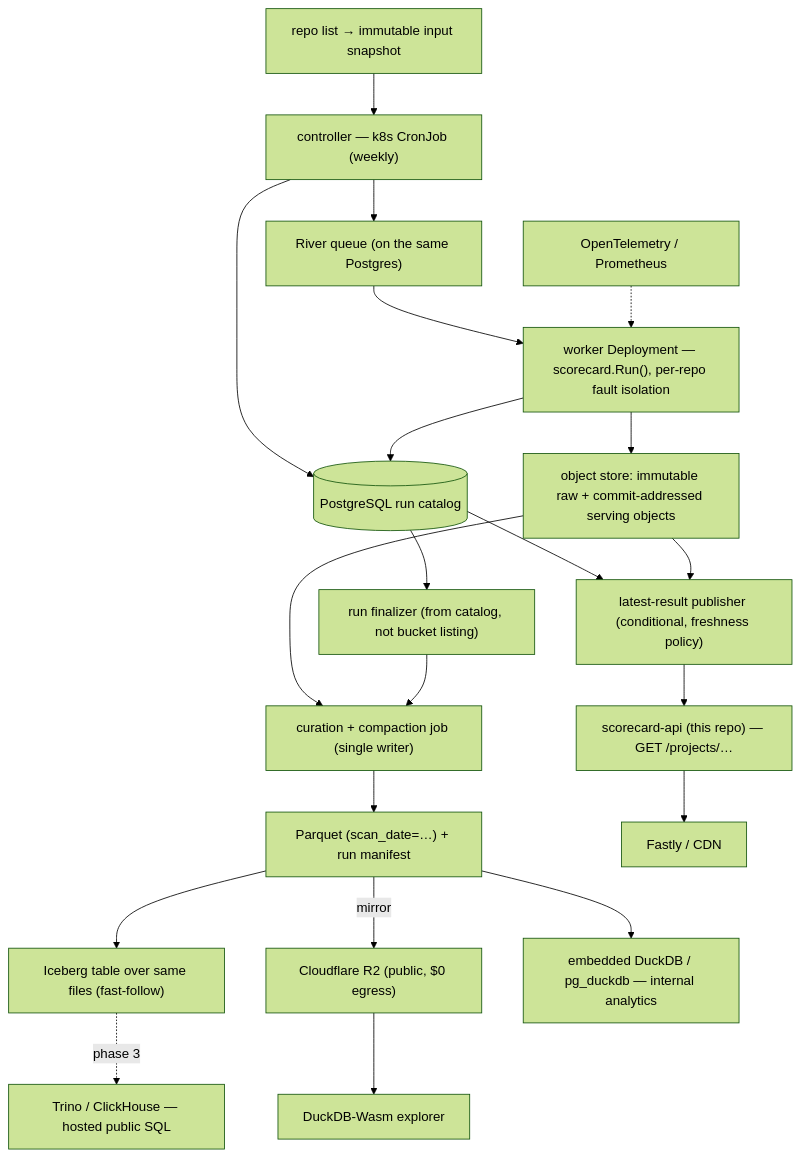
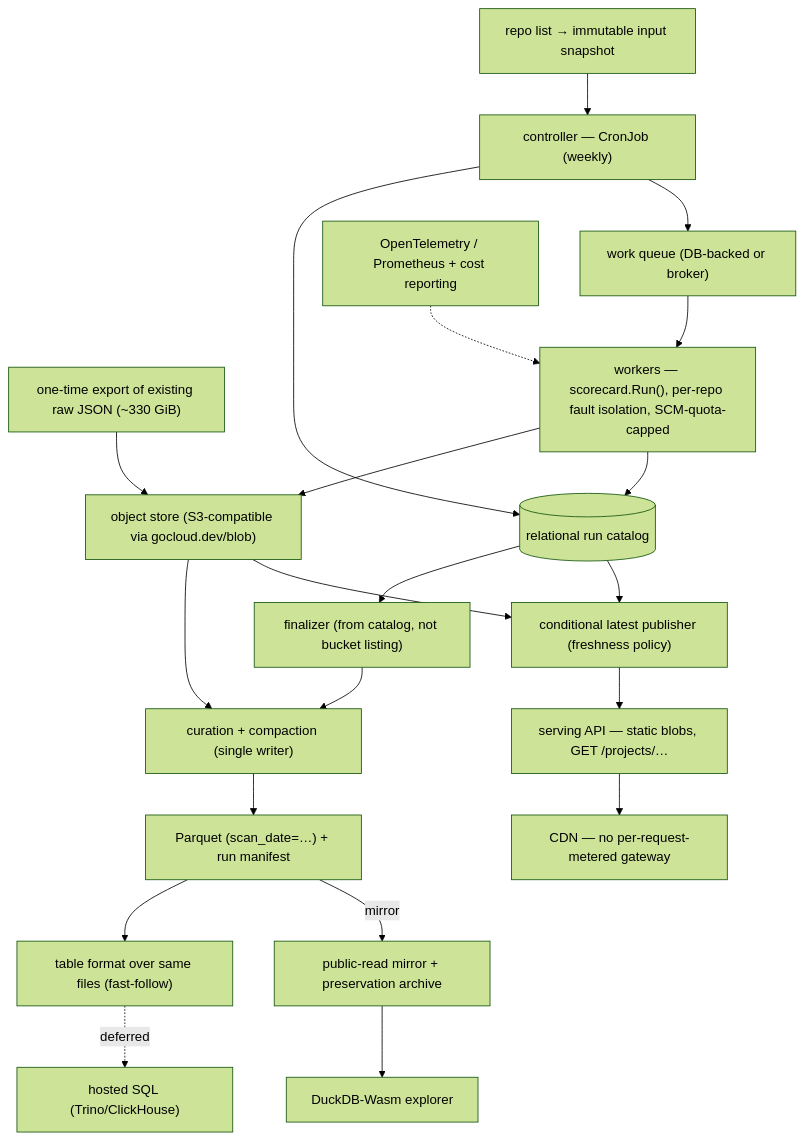
One commit to justaugustus/scorecard-infra changed the diagram in docs/research/data-infra.md. Above: the diagram before and after it, drawn with Mermaid (forest theme). The commit also changed other lines of this file, not shown here.

````diff
--- a/docs/research/data-infra.md
+++ b/docs/research/data-infra.md
@@ -504,23 +396,23 @@
 ```mermaid
 flowchart TD
-    CSV["repo list → immutable input snapshot"] --> CTL["controller — k8s CronJob (weekly)"]
-    CTL --> DB[("PostgreSQL run catalog")]
-    CTL --> Q["River queue (on the same Postgres)"]
-    Q --> W["worker Deployment — scorecard.Run(), per-repo fault isolation"]
-    W --> RAW["object store: immutable raw + commit-addressed serving objects"]
+    EXPORT["one-time export of existing raw JSON (~330 GiB)"] --> OS
+    CSV["repo list → immutable input snapshot"] --> CTL["controller — CronJob (weekly)"]
+    CTL --> DB[("relational run catalog")]
+    CTL --> Q["work queue (DB-backed or broker)"]
+    Q --> W["workers — scorecard.Run(), per-repo fault isolation, SCM-quota-capped"]
+    W --> OS["object store (S3-compatible via gocloud.dev/blob)"]
     W --> DB
-    DB --> FIN["run finalizer (from catalog, not bucket listing)"]
-    RAW --> CUR["curation + compaction job (single writer)"]
+    DB --> FIN["finalizer (from catalog, not bucket listing)"]
+    OS --> CUR["curation + compaction (single writer)"]
     FIN --> CUR
     CUR --> PARQ["Parquet (scan_date=…) + run manifest"]
-    PARQ --> ICE["Iceberg table over same files (fast-follow)"]
-    DB --> PUB["latest-result publisher (conditional, freshness policy)"]
-    RAW --> PUB
-    PUB --> API["scorecard-api (this repo) — GET /projects/…"]
-    API --> CDN["Fastly / CDN"]
-    PARQ -->|mirror| R2["Cloudflare R2 (public, $0 egress)"]
-    R2 --> WASM["DuckDB-Wasm explorer"]
-    ICE -. phase 3 .-> SQL["Trino / ClickHouse — hosted public SQL"]
-    PARQ --> EMB["embedded DuckDB / pg_duckdb — internal analytics"]
-    OTEL["OpenTelemetry / Prometheus"] -.-> W
+    PARQ --> ICE["table format over same files (fast-follow)"]
+    DB --> PUB["conditional latest publisher (freshness policy)"]
+    OS --> PUB
+    PUB --> API["serving API — static blobs, GET /projects/…"]
+    API --> CDN["CDN — no per-request-metered gateway"]
+    PARQ -->|mirror| MIR["public-read mirror + preservation archive"]
+    MIR --> WASM["DuckDB-Wasm explorer"]
+    ICE -. deferred .-> SQL["hosted SQL (Trino/ClickHouse)"]
+    OTEL["OpenTelemetry / Prometheus + cost reporting"] -.-> W
 ```
````
